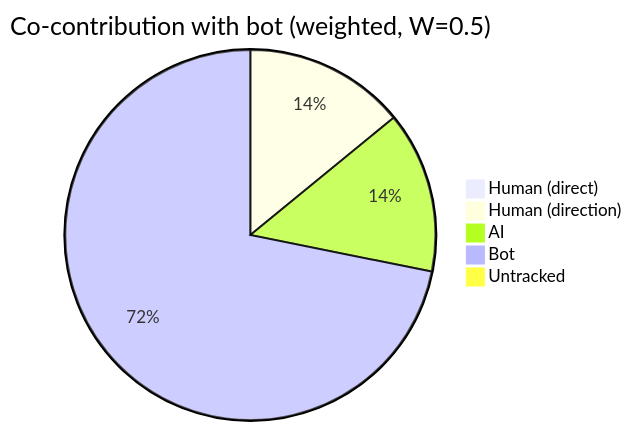
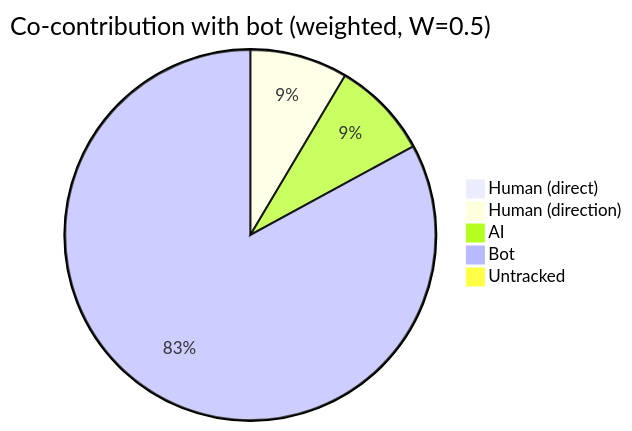
The third of 7 diagrams in AI-AUTHORSHIP.md (CaliMark/ai-authorship), drawn with Mermaid before and after one commit. The commit also changed other lines of this file and 1 other file, not shown here.

````diff
--- a/AI-AUTHORSHIP.md
+++ b/AI-AUTHORSHIP.md
@@ -63,8 +46,8 @@
 ```mermaid
 pie title Co-contribution with bot (weighted, W=0.5)
     "Human (direct)" : 0
-    "Human (direction)" : 593
-    "AI" : 593
-    "Bot" : 3025
+    "Human (direction)" : 318
+    "AI" : 318
+    "Bot" : 3091
     "Untracked" : 0
 ```
````
